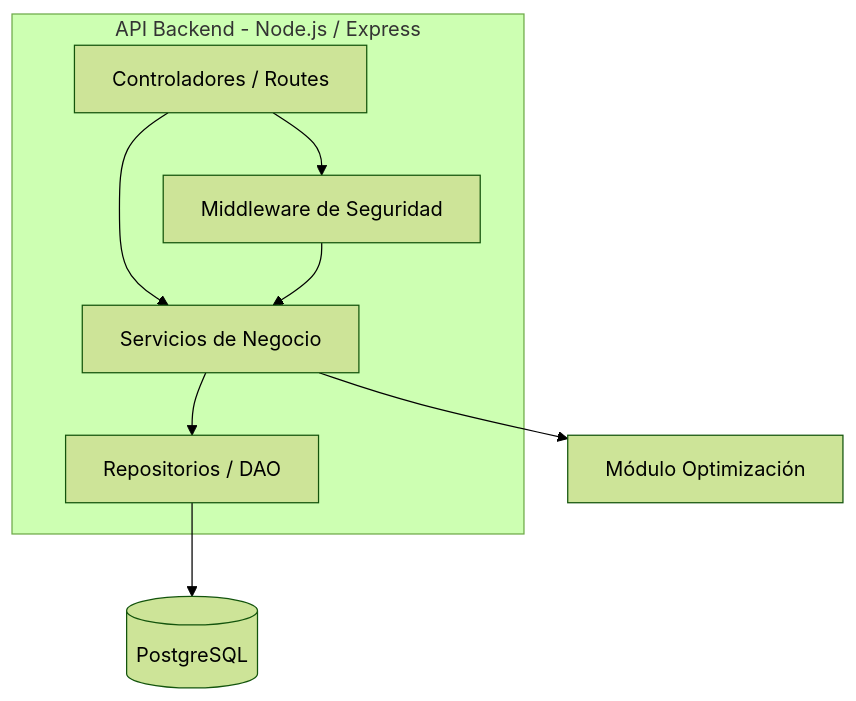
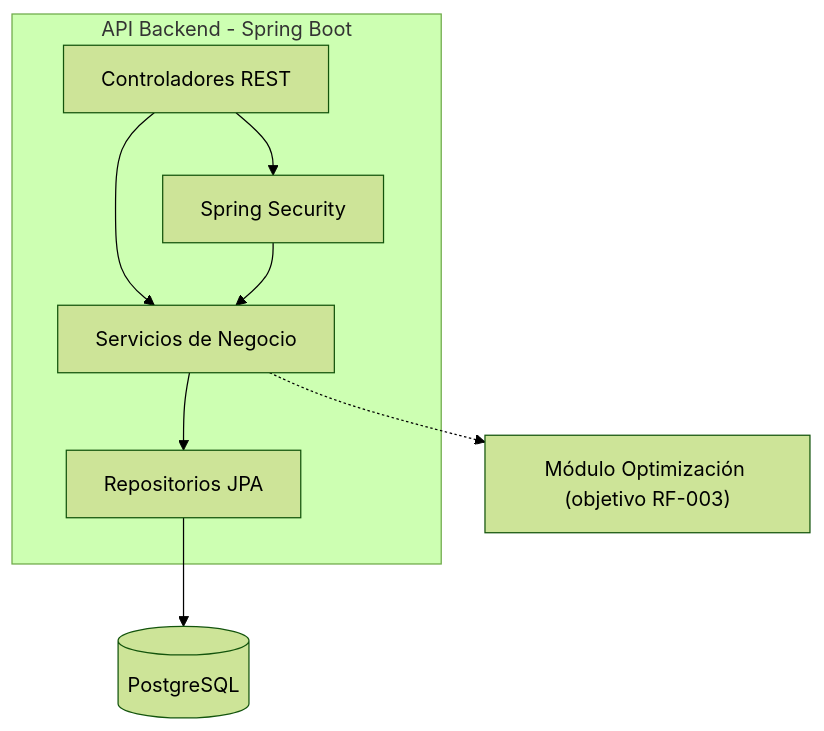
The third of 7 diagrams in docs/01 Inicio/12. Modelo C4 V_1_1_0.md (UmbraFlare-code/PathSeek), drawn with Mermaid (forest theme) before and after one commit. The commit also changed other lines of this file and 19 other files, not shown here.

````diff
--- a/docs/01 Inicio/12. Modelo C4 V_1_1_0.md
+++ b/docs/01 Inicio/12. Modelo C4 V_1_1_0.md
@@ -55,17 +55,17 @@
 ```mermaid
 graph TD
-    subgraph "API Backend - Node.js / Express"
-        ROUTES["Controladores / Routes"]
+    subgraph "API Backend - Spring Boot"
+        ROUTES["Controladores REST"]
         SVC["Servicios de Negocio"]
-        REPO["Repositorios / DAO"]
-        MID["Middleware de Seguridad"]
+        REPO["Repositorios JPA"]
+        MID["Spring Security"]
 
         ROUTES --> SVC
         SVC --> REPO
         ROUTES --> MID
         MID --> SVC
     end
 
     REPO --> DB[("PostgreSQL")]
-    SVC --> ALGO["Módulo Optimización"]
+    SVC -.-> ALGO["Módulo Optimización (objetivo RF-003)"]
 ```
````
